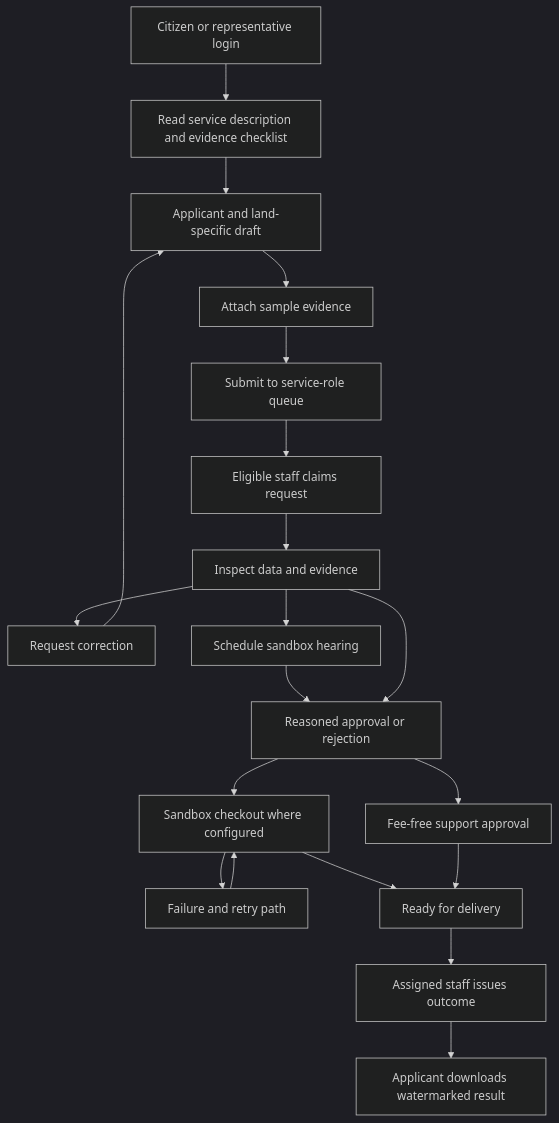
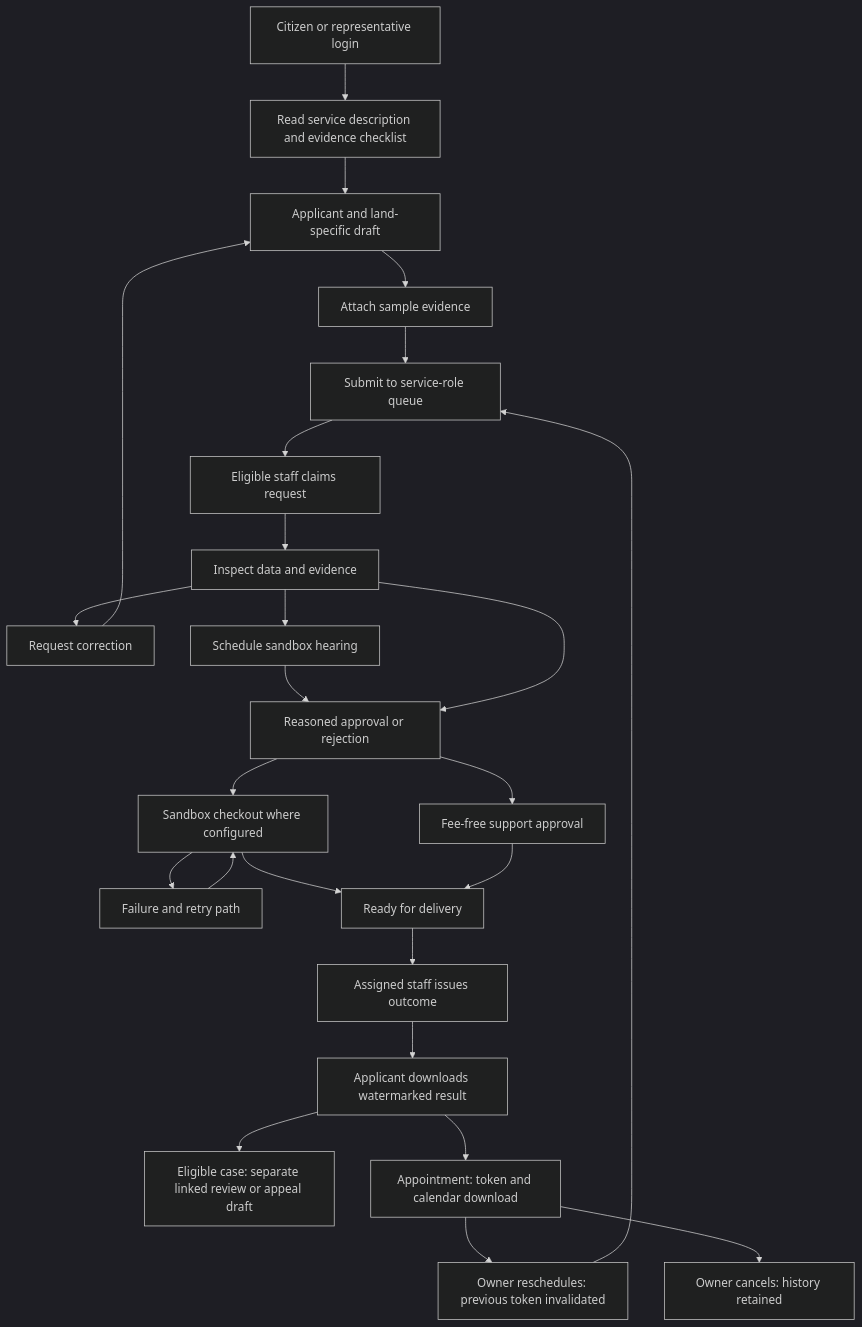
Before and after one commit to Shreyalien/E-Bhumi: the first of 2 diagrams in README.md, drawn with Mermaid (dark theme). The commit also changed other lines of this file and 51 other files, not shown here.

````diff
--- a/README.md
+++ b/README.md
@@ -158,22 +171,27 @@
 ```mermaid
 flowchart TD
     Login[Citizen or representative login] --> Guide[Read service description and evidence checklist]
     Guide --> Draft[Applicant and land-specific draft]
     Draft --> Evidence[Attach sample evidence]
     Evidence --> Submit[Submit to service-role queue]
     Submit --> Claim[Eligible staff claims request]
     Claim --> Review[Inspect data and evidence]
     Review --> Correct[Request correction]
     Correct --> Draft
     Review --> Hearing[Schedule sandbox hearing]
     Hearing --> Decision[Reasoned approval or rejection]
     Review --> Decision
     Decision --> Fee[Sandbox checkout where configured]
     Fee --> Retry[Failure and retry path]
     Retry --> Fee
     Fee --> Ready[Ready for delivery]
     Decision --> NoFee[Fee-free support approval]
     NoFee --> Ready
     Ready --> Issue[Assigned staff issues outcome]
     Issue --> Download[Applicant downloads watermarked result]
+    Download --> FollowUp[Eligible case: separate linked review or appeal draft]
+    Download --> Appointment[Appointment: token and calendar download]
+    Appointment --> Reschedule[Owner reschedules: previous token invalidated]
+    Reschedule --> Submit
+    Appointment --> Cancel[Owner cancels: history retained]
 ```
````
